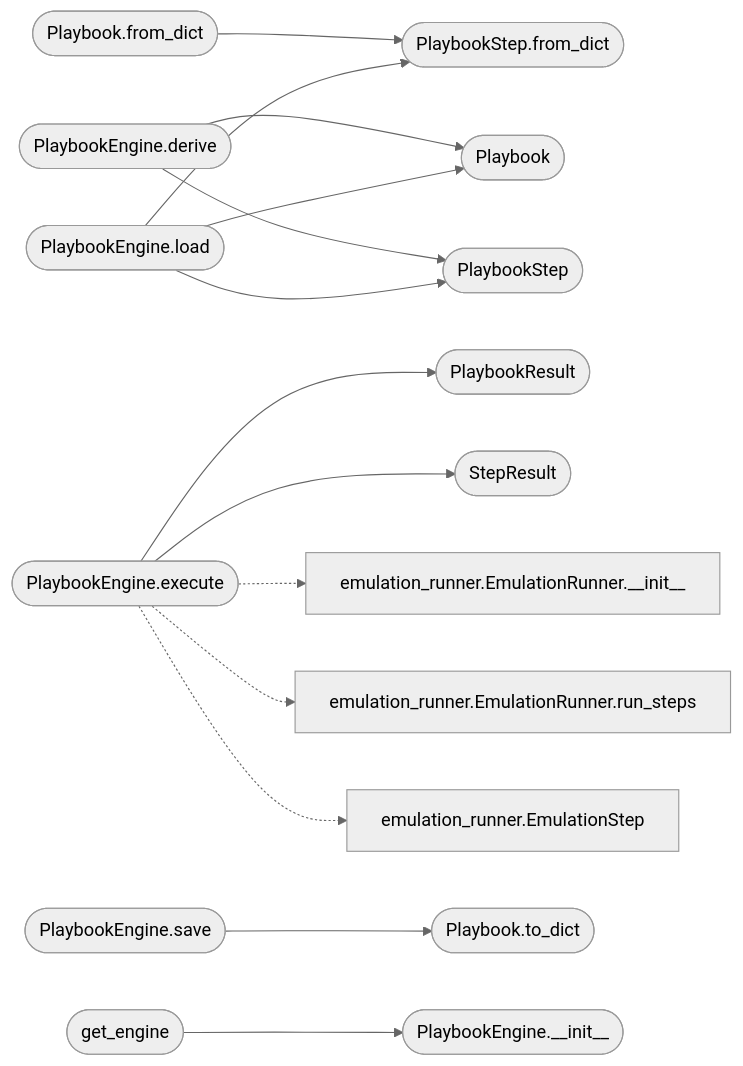
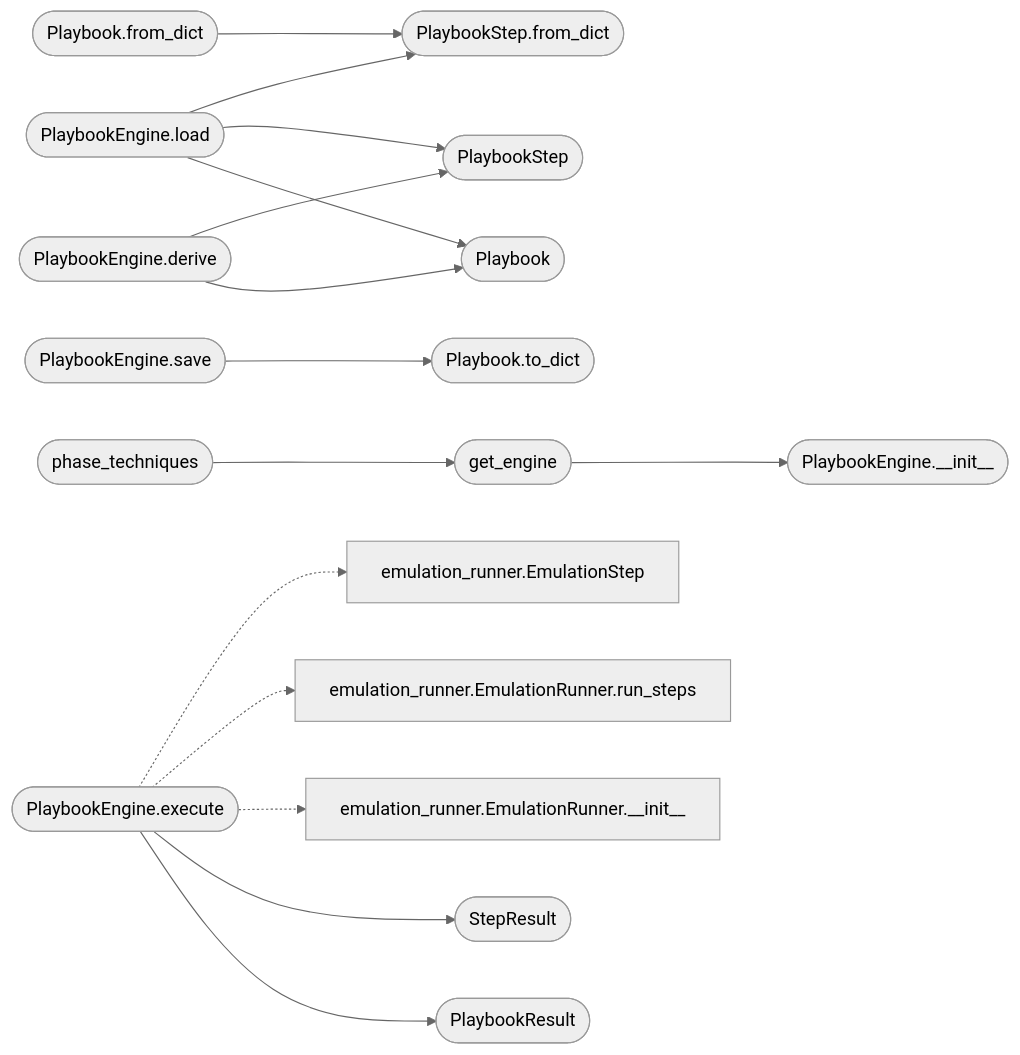
One commit to grisuno/LazyOwn changed the second of 2 diagrams in readmenator-apidocs/modules/modules.playbook_engine.py.md. Above: the diagram before and after it, drawn with Mermaid (neutral theme). The commit also changed other lines of this file and 496 other files, not shown here.

````diff
--- a/readmenator-apidocs/modules/modules.playbook_engine.py.md
+++ b/readmenator-apidocs/modules/modules.playbook_engine.py.md
@@ -101,32 +101,34 @@
 ```mermaid
 flowchart LR
     n_modules_playbook_engine_py__Playbook_from_dict(["Playbook.from_dict"])
     n_modules_playbook_engine_py__PlaybookStep_from_dict(["PlaybookStep.from_dict"])
     n_modules_playbook_engine_py__PlaybookEngine_derive(["PlaybookEngine.derive"])
     n_modules_playbook_engine_py__Playbook(["Playbook"])
     n_modules_playbook_engine_py__PlaybookStep(["PlaybookStep"])
     n_modules_playbook_engine_py__PlaybookEngine_execute(["PlaybookEngine.execute"])
     n_modules_playbook_engine_py__PlaybookResult(["PlaybookResult"])
     n_modules_playbook_engine_py__StepResult(["StepResult"])
     n_modules_playbook_engine_py__PlaybookEngine_save(["PlaybookEngine.save"])
     n_modules_playbook_engine_py__Playbook_to_dict(["Playbook.to_dict"])
     n_modules_playbook_engine_py__PlaybookEngine_load(["PlaybookEngine.load"])
     n_modules_playbook_engine_py__get_engine(["get_engine"])
     n_modules_playbook_engine_py__PlaybookEngine___init__(["PlaybookEngine.__init__"])
+    n_modules_playbook_engine_py__phase_techniques(["phase_techniques"])
     n_modules_emulation_runner_py__EmulationRunner___init__["emulation_runner.EmulationRunner.__init__"]
     n_modules_emulation_runner_py__EmulationRunner_run_steps["emulation_runner.EmulationRunner.run_steps"]
     n_modules_emulation_runner_py__EmulationStep["emulation_runner.EmulationStep"]
     n_modules_playbook_engine_py__Playbook_from_dict --> n_modules_playbook_engine_py__PlaybookStep_from_dict
     n_modules_playbook_engine_py__PlaybookEngine_derive --> n_modules_playbook_engine_py__Playbook
     n_modules_playbook_engine_py__PlaybookEngine_derive --> n_modules_playbook_engine_py__PlaybookStep
     n_modules_playbook_engine_py__PlaybookEngine_execute --> n_modules_playbook_engine_py__PlaybookResult
     n_modules_playbook_engine_py__PlaybookEngine_execute --> n_modules_playbook_engine_py__StepResult
     n_modules_playbook_engine_py__PlaybookEngine_save --> n_modules_playbook_engine_py__Playbook_to_dict
     n_modules_playbook_engine_py__PlaybookEngine_load --> n_modules_playbook_engine_py__Playbook
     n_modules_playbook_engine_py__PlaybookEngine_load --> n_modules_playbook_engine_py__PlaybookStep
     n_modules_playbook_engine_py__PlaybookEngine_load --> n_modules_playbook_engine_py__PlaybookStep_from_dict
     n_modules_playbook_engine_py__get_engine --> n_modules_playbook_engine_py__PlaybookEngine___init__
+    n_modules_playbook_engine_py__phase_techniques --> n_modules_playbook_engine_py__get_engine
     n_modules_playbook_engine_py__PlaybookEngine_execute -.-> n_modules_emulation_runner_py__EmulationRunner___init__
     n_modules_playbook_engine_py__PlaybookEngine_execute -.-> n_modules_emulation_runner_py__EmulationRunner_run_steps
     n_modules_playbook_engine_py__PlaybookEngine_execute -.-> n_modules_emulation_runner_py__EmulationStep
 ```
````
